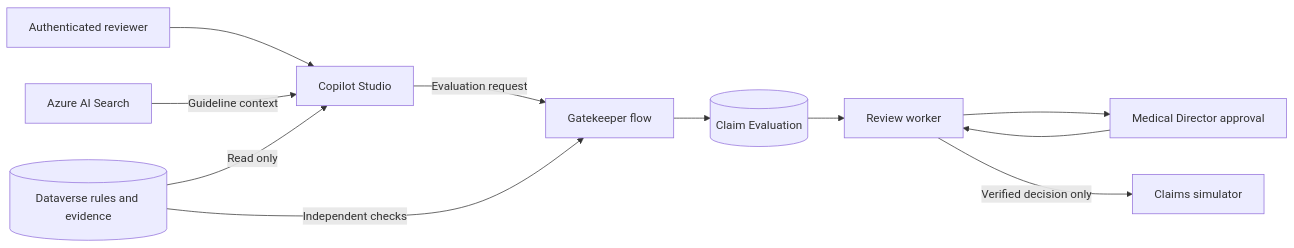
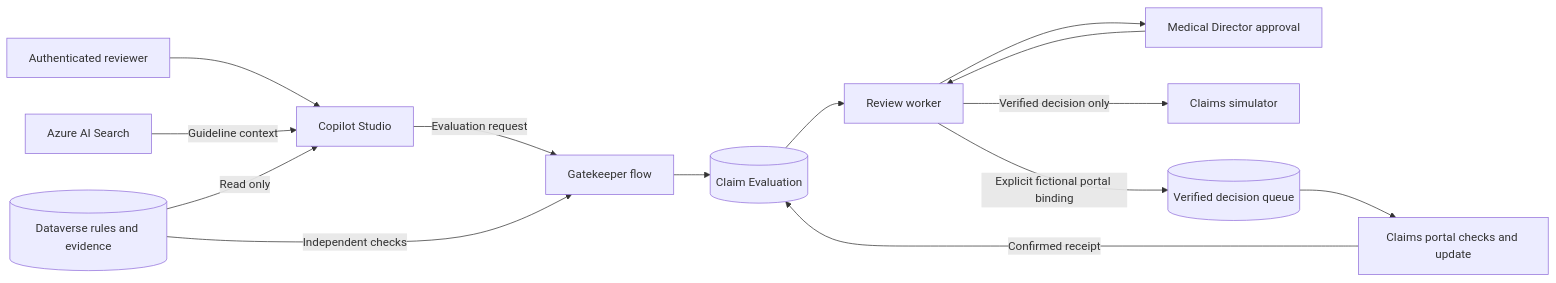
Before and after one commit to aandino-zava/zava-claims-agentic-concierge: the diagram in README.md, drawn with Mermaid. The commit also changed other lines of this file and 12 other files, not shown here.

Commit message:
Add protected fictional portal decision queue and worker role

````diff
--- a/README.md
+++ b/README.md
@@ -11,13 +11,16 @@
 ```mermaid
 flowchart LR
     User[Authenticated reviewer] --> Agent[Copilot Studio]
     Search[Azure AI Search] -->|Guideline context| Agent
     Data[(Dataverse rules and evidence)] -->|Read only| Agent
     Agent -->|Evaluation request| Gate[Gatekeeper flow]
     Data -->|Independent checks| Gate
     Gate --> Record[(Claim Evaluation)]
     Record --> Review[Review worker]
     Review --> Approval[Medical Director approval]
     Approval --> Review
     Review -->|Verified decision only| Simulator[Claims simulator]
+    Review -->|Explicit fictional portal binding| Queue[(Verified decision queue)]
+    Queue --> Portal[Claims portal checks and update]
+    Portal -->|Confirmed receipt| Record
 ```
````
